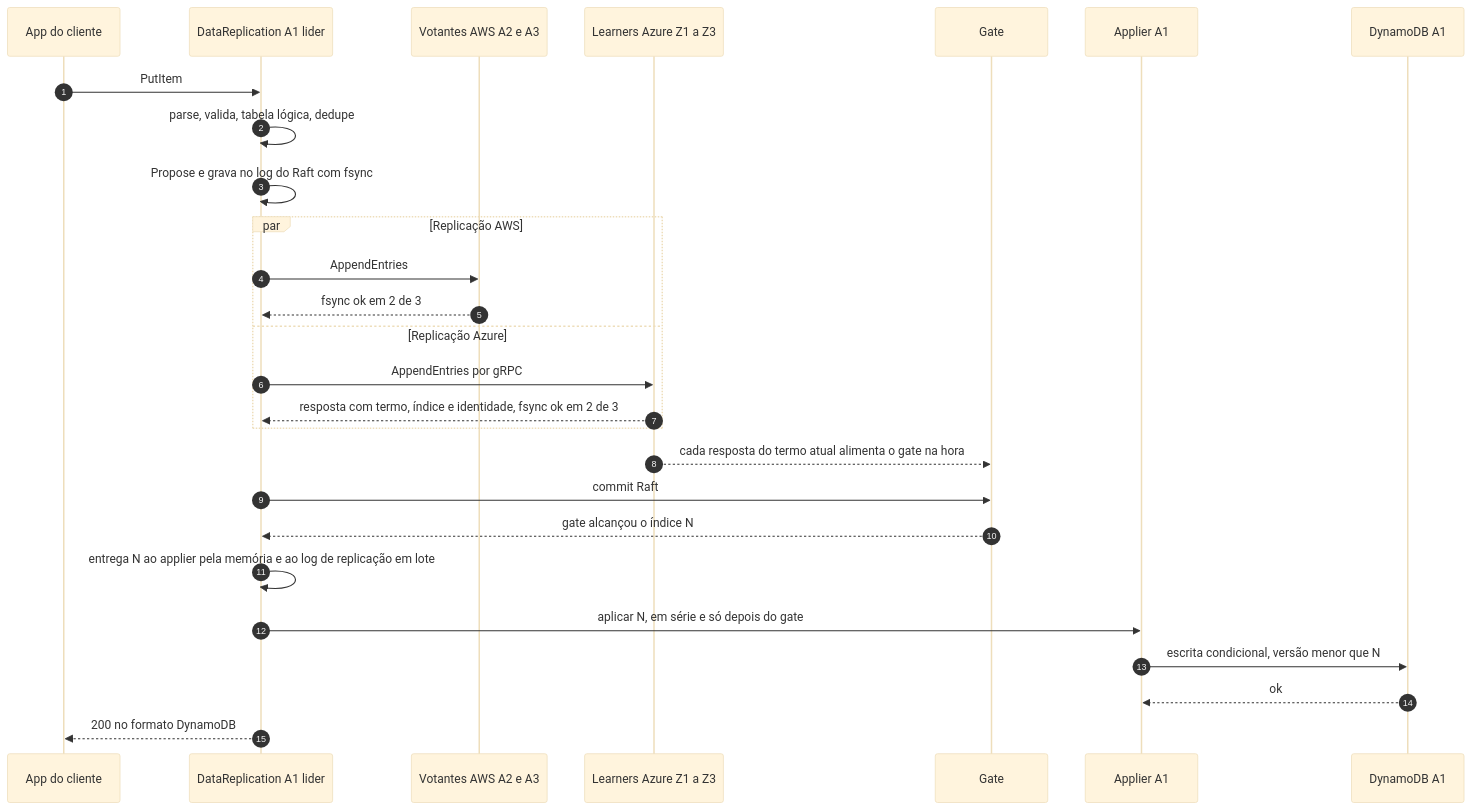
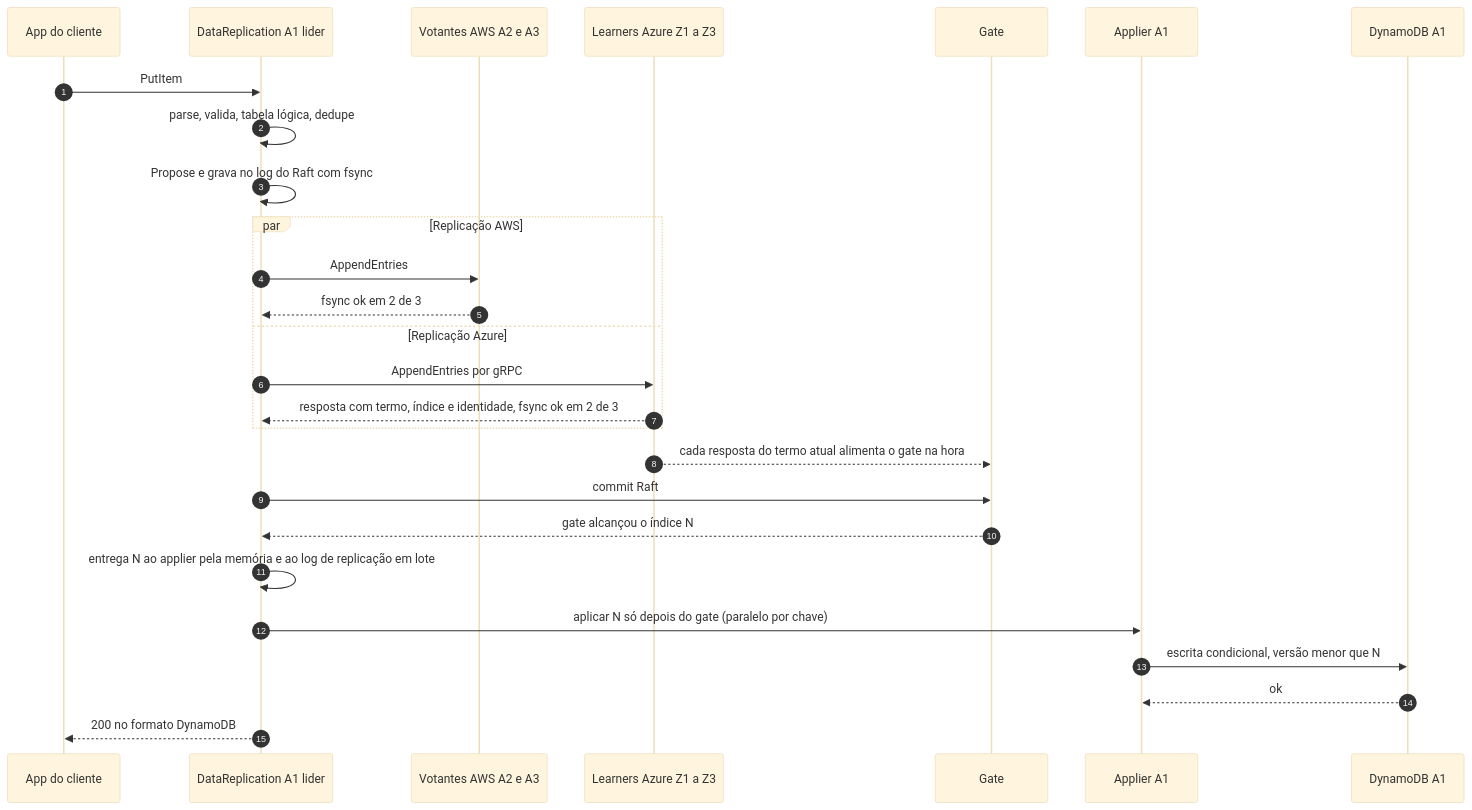
The diagram in doc/02_cenarios/atualizados/C03-escrita-strong.md (brbarmex/k), drawn with Mermaid (base theme) before and after one commit. The commit also changed other lines of this file and 124 other files, not shown here.

````diff
--- a/doc/02_cenarios/atualizados/C03-escrita-strong.md
+++ b/doc/02_cenarios/atualizados/C03-escrita-strong.md
@@ -11,29 +11,29 @@
 ```mermaid
 sequenceDiagram
     autonumber
     participant App as App do cliente
     participant DR as DataReplication A1 lider
     participant R as Votantes AWS A2 e A3
     participant Z as Learners Azure Z1 a Z3
     participant G as Gate
     participant AP as Applier A1
     participant DB as DynamoDB A1
     App->>DR: PutItem
     DR->>DR: parse, valida, tabela lógica, dedupe
     DR->>DR: Propose e grava no log do Raft com fsync
     par Replicação AWS
         DR->>R: AppendEntries
         R-->>DR: fsync ok em 2 de 3
     and Replicação Azure
         DR->>Z: AppendEntries por gRPC
         Z-->>DR: resposta com termo, índice e identidade, fsync ok em 2 de 3
     end
     Z-->>G: cada resposta do termo atual alimenta o gate na hora
     DR->>G: commit Raft
     G-->>DR: gate alcançou o índice N
     DR->>DR: entrega N ao applier pela memória e ao log de replicação em lote
-    DR->>AP: aplicar N, em série e só depois do gate
+    DR->>AP: aplicar N só depois do gate (paralelo por chave)
     AP->>DB: escrita condicional, versão menor que N
     DB-->>AP: ok
     DR-->>App: 200 no formato DynamoDB
 ```
````
